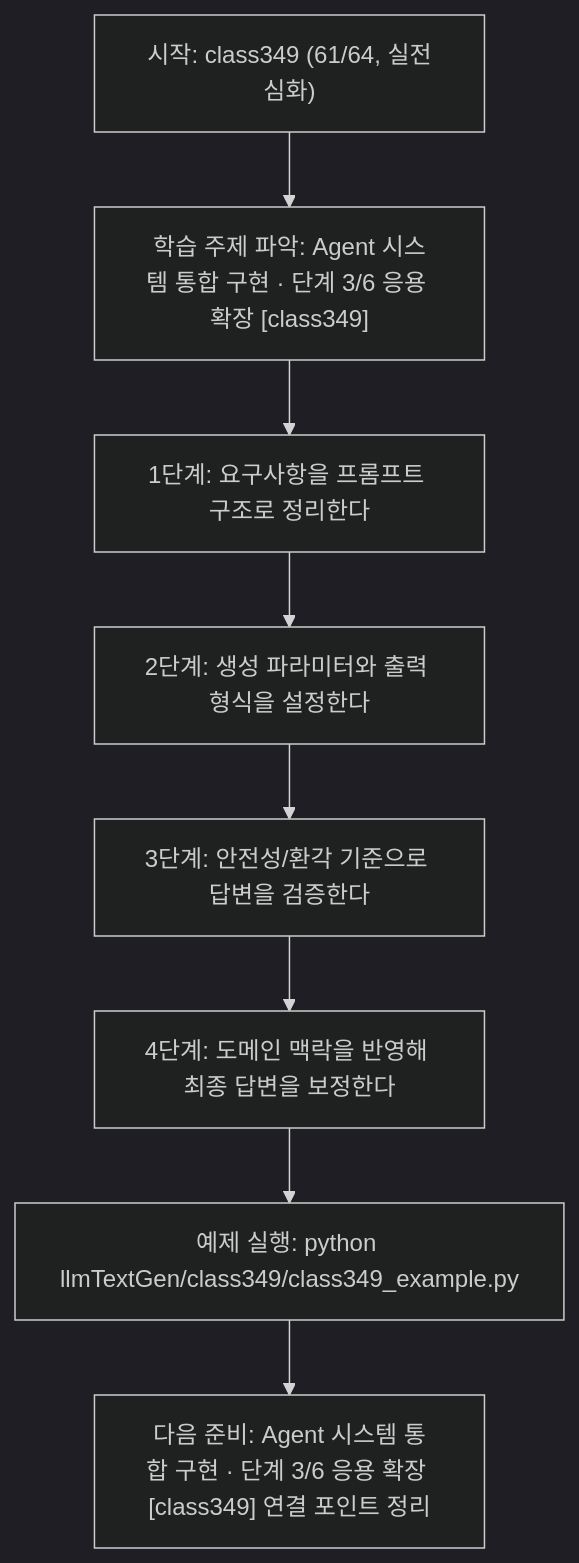
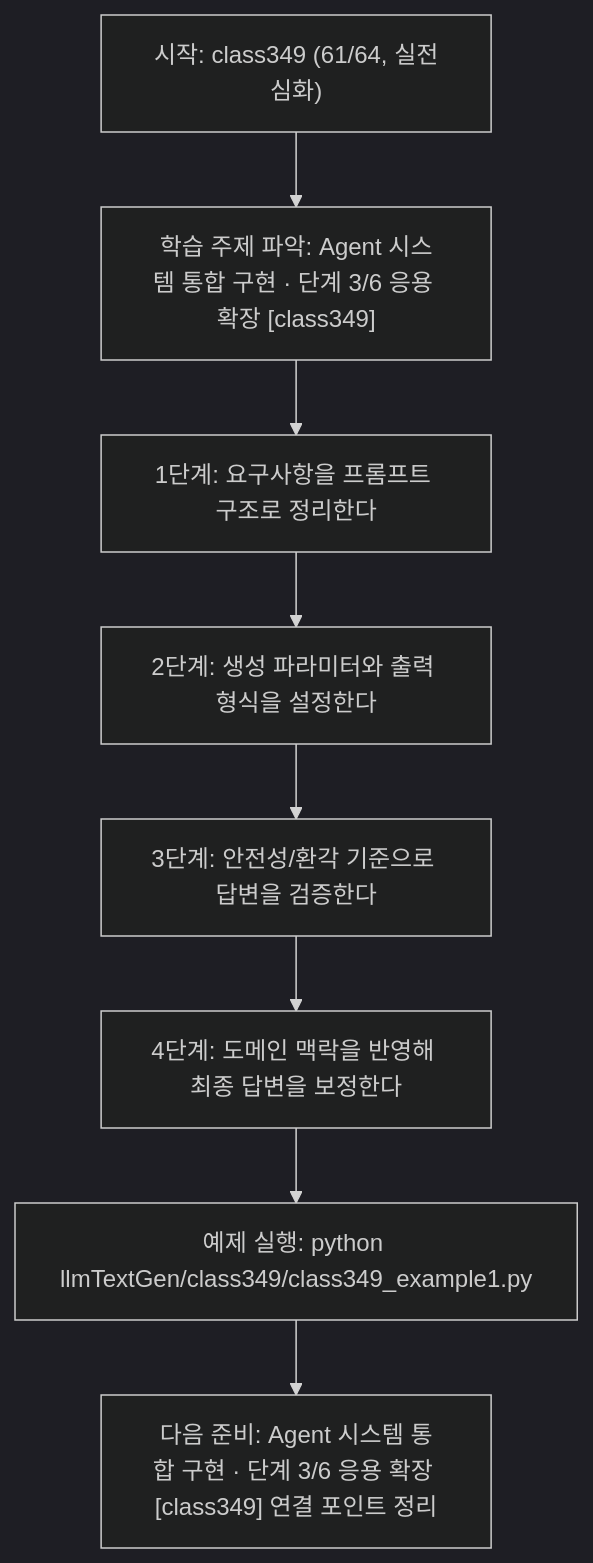
One commit to edumgt/Python-AI_Agent-Class changed the diagram in llmTextGen/class349/class349.md. Above: the diagram before and after it, drawn with Mermaid (dark theme). The commit also changed other lines of this file and 2959 other files, not shown here.

````diff
--- a/llmTextGen/class349/class349.md
+++ b/llmTextGen/class349/class349.md
@@ -115,18 +115,18 @@
 ```mermaid
 flowchart TD
 N1["시작: class349 (61/64, 실전심화)"]
 N2["학습 주제 파악: Agent 시스템 통합 구현 · 단계 3/6 응용 확장 [class349]"]
 N3["1단계: 요구사항을 프롬프트 구조로 정리한다"]
 N4["2단계: 생성 파라미터와 출력 형식을 설정한다"]
 N5["3단계: 안전성/환각 기준으로 답변을 검증한다"]
 N6["4단계: 도메인 맥락을 반영해 최종 답변을 보정한다"]
-N7["예제 실행: python llmTextGen/class349/class349_example.py"]
+N7["예제 실행: python llmTextGen/class349/class349_example1.py"]
 N8["다음 준비: Agent 시스템 통합 구현 · 단계 3/6 응용 확장 [class349] 연결 포인트 정리"]
 N1 --> N2
 N2 --> N3
 N3 --> N4
 N4 --> N5
 N5 --> N6
 N6 --> N7
 N7 --> N8
 ```
````
